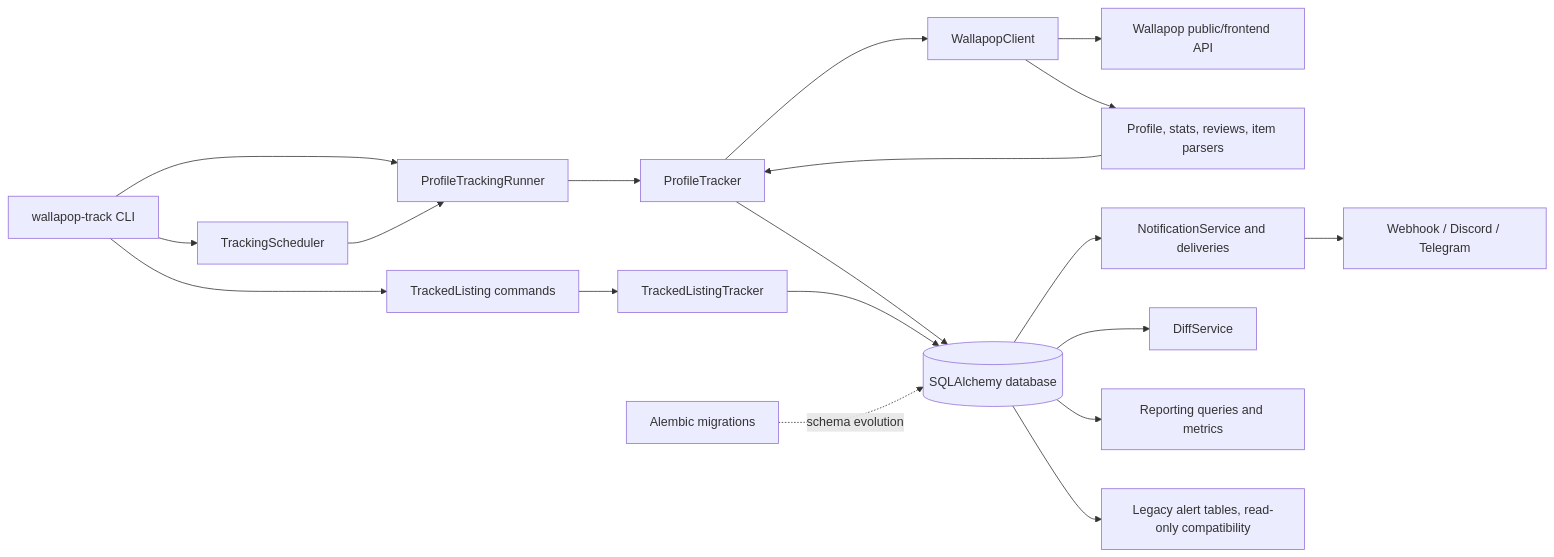
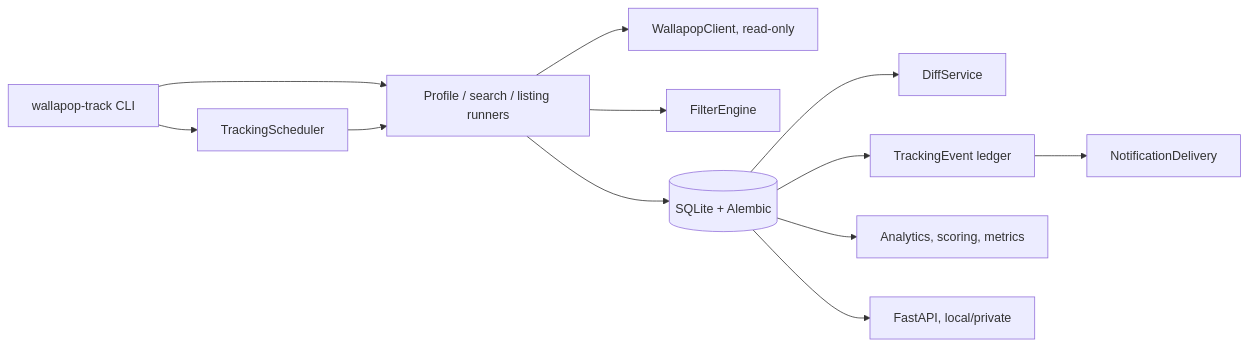
The diagram in README.md (vgvr0/wallapop-tracker), drawn with Mermaid before and after one commit. The commit also changed other lines of this file and 6 other files, not shown here.

````diff
--- a/README.md
+++ b/README.md
@@ -30,21 +278,14 @@
 ```mermaid
 flowchart LR
     CLI[wallapop-track CLI] --> Scheduler[TrackingScheduler]
-    CLI --> Runner[ProfileTrackingRunner]
-    Scheduler --> Runner
-    Runner --> Tracker[ProfileTracker]
-    Tracker --> Client[WallapopClient]
-    Client --> API[Wallapop public/frontend API]
-    Client --> Parsers[Profile, stats, reviews, item parsers]
-    Parsers --> Tracker
-    Tracker --> DB[(SQLAlchemy database)]
-    DB --> Notifications[NotificationService and deliveries]
-    Notifications --> Channels[Webhook / Discord / Telegram]
-    CLI --> Listing[TrackedListing commands]
-    Listing --> ListingTracker[TrackedListingTracker]
-    ListingTracker --> DB
+    CLI --> Runners[Profile / search / listing runners]
+    Scheduler --> Runners
+    Runners --> Client[WallapopClient, read-only]
+    Runners --> Filters[FilterEngine]
+    Runners --> DB[(SQLite + Alembic)]
     DB --> Diff[DiffService]
-    DB --> Reporting[Reporting queries and metrics]
-    DB --> Alerts[Legacy alert tables, read-only compatibility]
-    Migrations[Alembic migrations] -. schema evolution .-> DB
+    DB --> Ledger[TrackingEvent ledger]
+    Ledger --> Notifications[NotificationDelivery]
+    DB --> Reporting[Analytics, scoring, metrics]
+    DB --> API[FastAPI, local/private]
 ```
````
